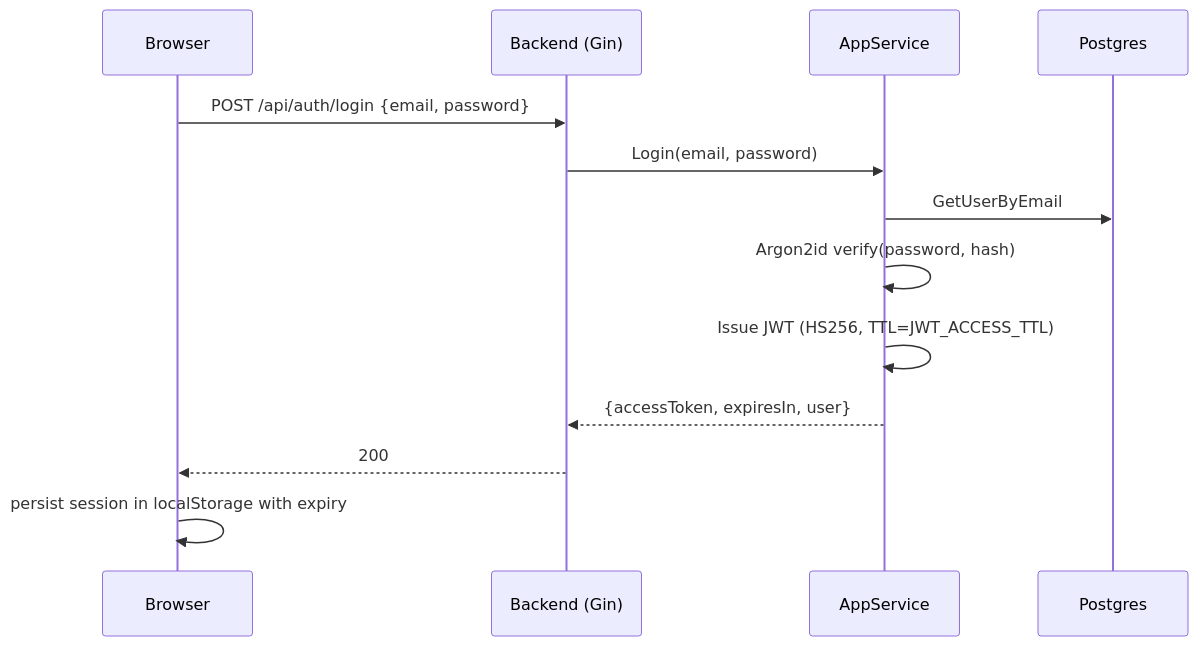
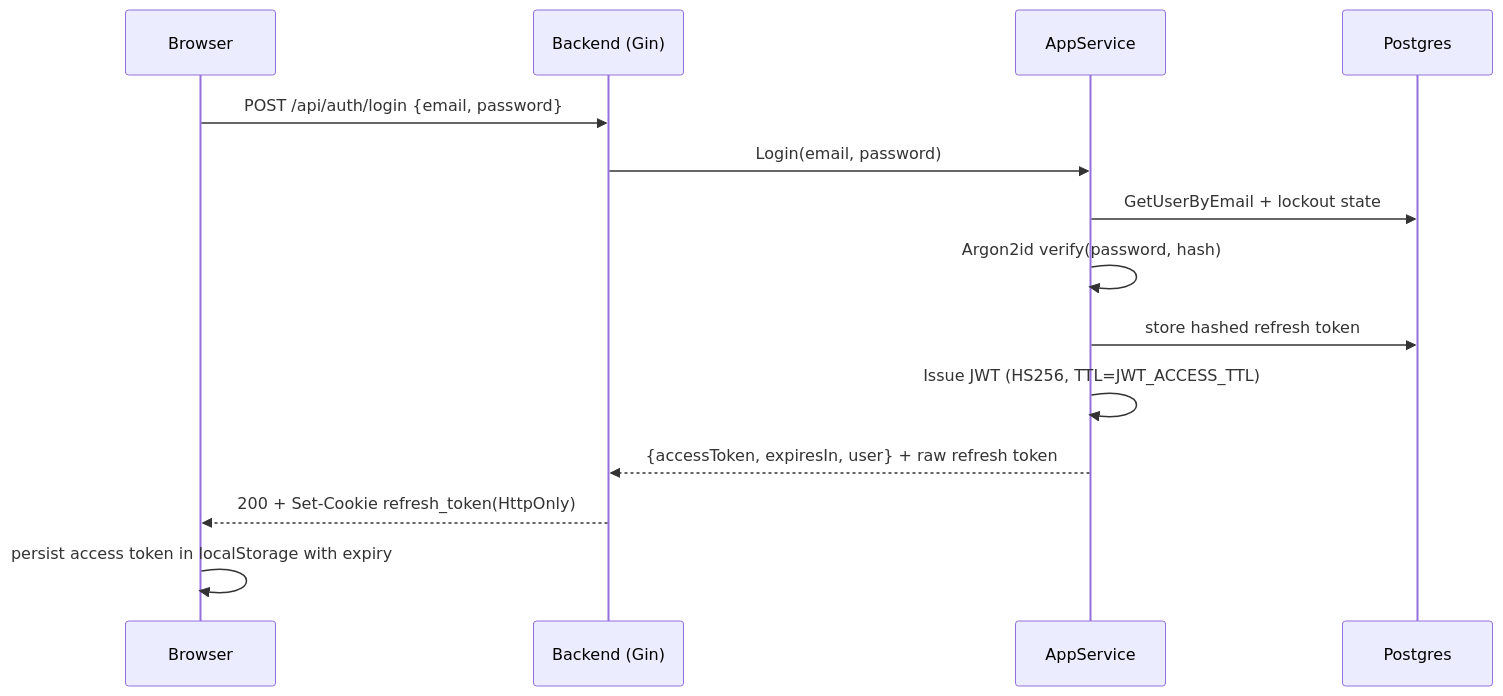
One commit to thiagoms15/finance_dashboard changed the fourth of 6 diagrams in docs/architecture.md. Above: the diagram before and after it, drawn with Mermaid. The commit also changed other lines of this file and 19 other files, not shown here.

````diff
--- a/docs/architecture.md
+++ b/docs/architecture.md
@@ -282,15 +298,16 @@
 ```mermaid
 sequenceDiagram
   participant B as Browser
   participant API as Backend (Gin)
   participant S as AppService
   participant DB as Postgres
   B->>API: POST /api/auth/login {email, password}
   API->>S: Login(email, password)
-  S->>DB: GetUserByEmail
+  S->>DB: GetUserByEmail + lockout state
   S->>S: Argon2id verify(password, hash)
+  S->>DB: store hashed refresh token
   S->>S: Issue JWT (HS256, TTL=JWT_ACCESS_TTL)
-  S-->>API: {accessToken, expiresIn, user}
-  API-->>B: 200
-  B->>B: persist session in localStorage with expiry
+  S-->>API: {accessToken, expiresIn, user} + raw refresh token
+  API-->>B: 200 + Set-Cookie refresh_token(HttpOnly)
+  B->>B: persist access token in localStorage with expiry
 ```
````
